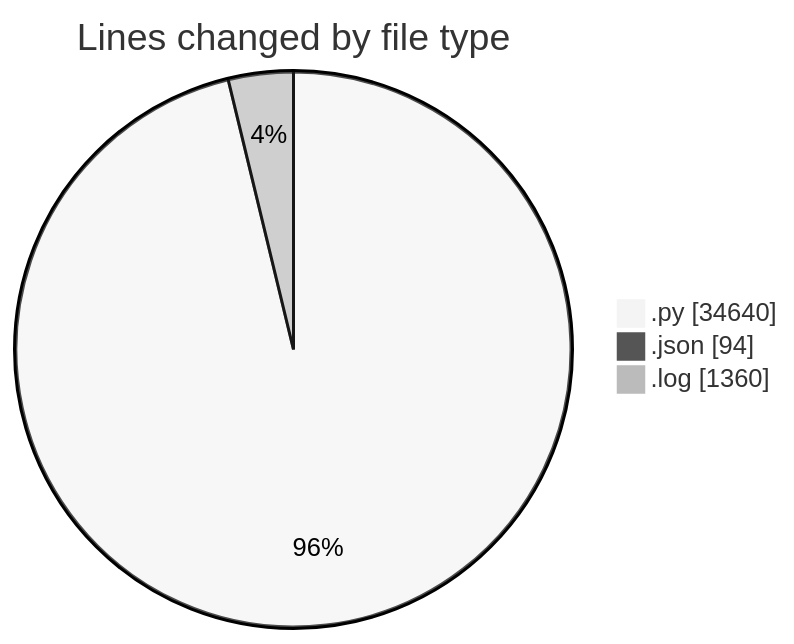
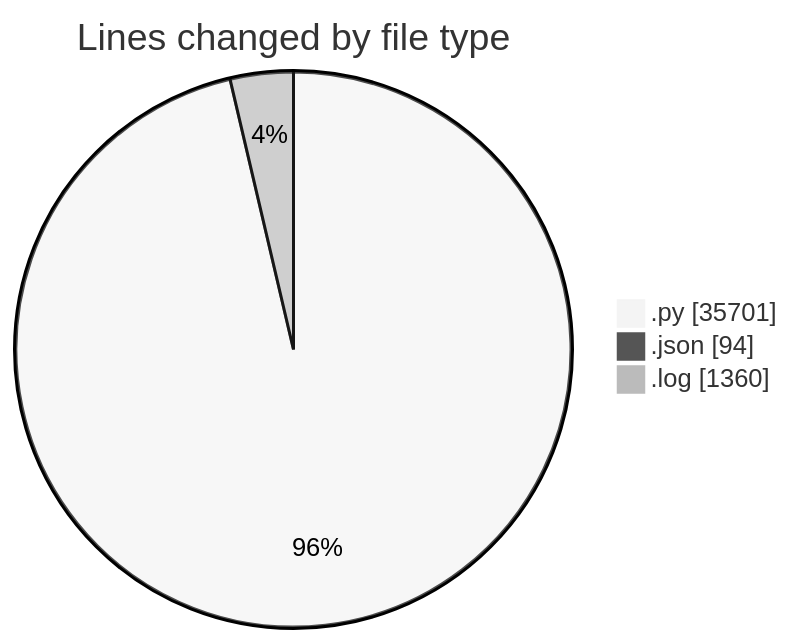
The first of 2 diagrams in 2025-07-14/telebot/README.md (jrari/code-tracking), drawn with Mermaid (neutral theme) before and after one commit. The commit also changed other lines of this file and 1 other file, not shown here.

````diff
--- a/2025-07-14/telebot/README.md
+++ b/2025-07-14/telebot/README.md
@@ -59,7 +61,7 @@
 ```mermaid
 pie showData
 title Lines changed by file type
-".py" : 34640
+".py" : 35701
 ".json" : 94
 ".log" : 1360
 ```
````
